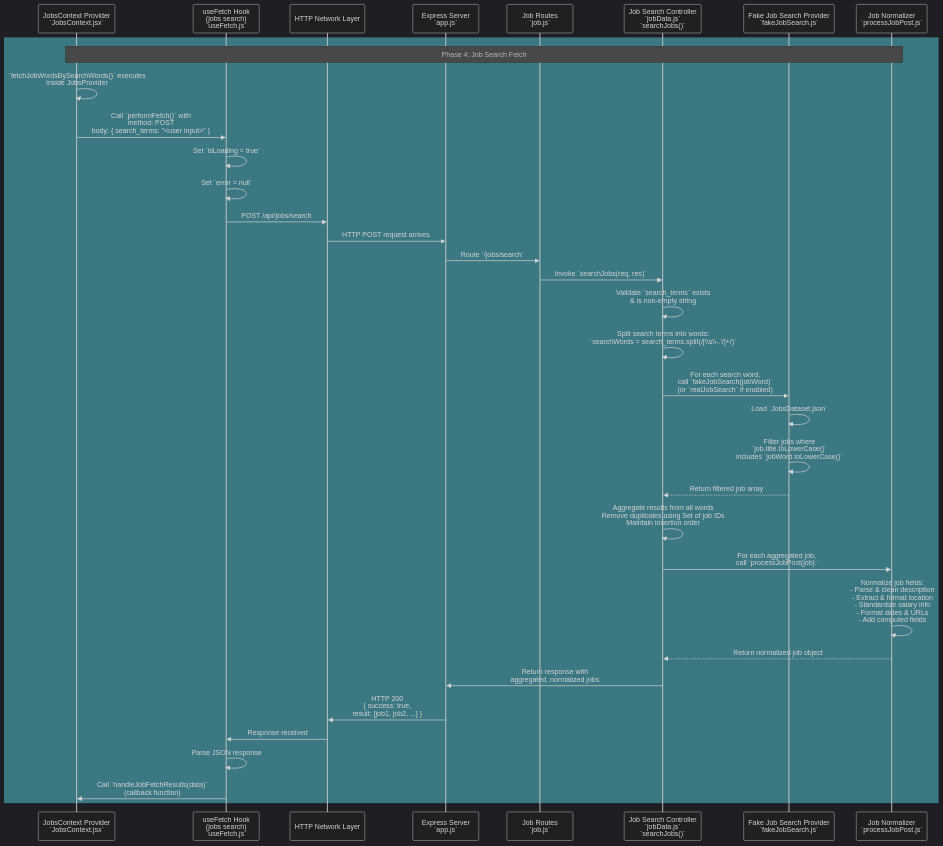
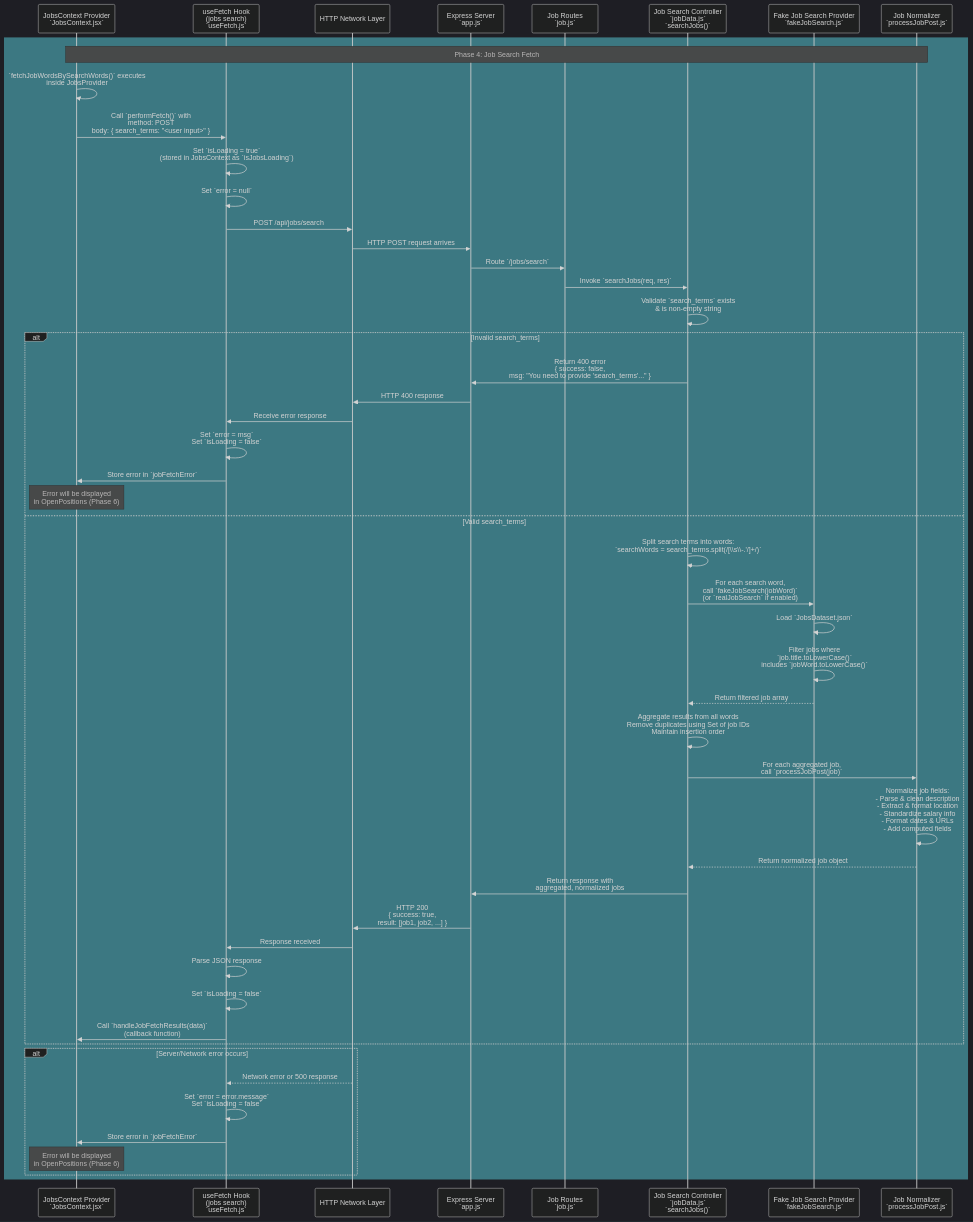
One commit to YahyaAl-Ademi/2025.10.23-JobCompass changed the diagram in documentation/jobFetch/jobFetch-Phase4.md. Above: the diagram before and after it, drawn with Mermaid. The commit also changed 4 other files, not shown here.

Commit message:
Enhance job fetch documentation with detailed sequence diagrams for phases 1 to 6, including input validation, context state updates, travel details fetching, and result display logic.

````diff
--- a/documentation/jobFetch/jobFetch-Phase4.md
+++ b/documentation/jobFetch/jobFetch-Phase4.md
@@ -1,52 +1,70 @@
 ```mermaid
 %%{init: {'theme': 'dark', 'themeVariables': { 'primaryColor':'#1a1a1a', 'primaryBorderColor':'#4a9eff', 'lineColor':'#4a9eff', 'tertiaryColor':'#2a2a2a', 'tertiaryBorderColor':'#4a9eff', 'tertiaryTextColor':'#ffffff'}, 'sequence': {'actorMargin': 50}}}%%
 sequenceDiagram
     participant JobsContext as JobsContext Provider<br/>`JobsContext.jsx`
     participant useFetch_1 as useFetch Hook<br/>(jobs search)<br/>`useFetch.js`
     participant FrontendNetwork as HTTP Network Layer
     participant ExpressApp as Express Server<br/>`app.js`
     participant JobRouter as Job Routes<br/>`job.js`
     participant JobController as Job Search Controller<br/>`jobData.js`<br/>`searchJobs()`
     participant FakeJobSearch as Fake Job Search Provider<br/>`fakeJobSearch.js`
     participant ProcessJobPost as Job Normalizer<br/>`processJobPost.js`
 
     rect rgb(60, 120, 130)
     Note over JobsContext,ProcessJobPost: Phase 4: Job Search Fetch
     JobsContext->>JobsContext: `fetchJobWordsBySearchWords()` executes<br/>inside JobsProvider
     JobsContext->>useFetch_1: Call `performFetch()` with<br/>method: POST<br/>body: { search_terms: "<user input>" }
 
-    useFetch_1->>useFetch_1: Set `isLoading = true`
+    useFetch_1->>useFetch_1: Set `isLoading = true`<br/>(stored in JobsContext as `isJobsLoading`)
     useFetch_1->>useFetch_1: Set `error = null`
     useFetch_1->>FrontendNetwork: POST /api/jobs/search
 
     FrontendNetwork->>ExpressApp: HTTP POST request arrives
     ExpressApp->>JobRouter: Route `/jobs/search`
 
     JobRouter->>JobController: Invoke `searchJobs(req, res)`
 
     JobController->>JobController: Validate `search_terms` exists<br/>& is non-empty string
-    JobController->>JobController: Split search terms into words:<br/>`searchWords = search_terms.split(/[\\s\\-.'/]+/)`
+    
+    alt Invalid search_terms
+        JobController->>ExpressApp: Return 400 error<br/>{ success: false,<br/>  msg: "You need to provide 'search_terms'..." }
+        ExpressApp->>FrontendNetwork: HTTP 400 response
+        FrontendNetwork->>useFetch_1: Receive error response
+        useFetch_1->>useFetch_1: Set `error = msg`<br/>Set `isLoading = false`
+        useFetch_1->>JobsContext: Store error in `jobFetchError`
+        Note over JobsContext: Error will be displayed<br/>in OpenPositions (Phase 6)
+    else Valid search_terms
+        JobController->>JobController: Split search terms into words:<br/>`searchWords = search_terms.split(/[\\s\\-.'/]+/)`
 
-    JobController->>FakeJobSearch: For each search word,<br/>call `fakeJobSearch(jobWord)`<br/>(or `realJobSearch` if enabled)
+        JobController->>FakeJobSearch: For each search word,<br/>call `fakeJobSearch(jobWord)`<br/>(or `realJobSearch` if enabled)
 
-    FakeJobSearch->>FakeJobSearch: Load `JobsDataset.json`
-    FakeJobSearch->>FakeJobSearch: Filter jobs where<br/>`job.title.toLowerCase()`<br/>includes `jobWord.toLowerCase()`
-    FakeJobSearch-->>JobController: Return filtered job array
+        FakeJobSearch->>FakeJobSearch: Load `JobsDataset.json`
+        FakeJobSearch->>FakeJobSearch: Filter jobs where<br/>`job.title.toLowerCase()`<br/>includes `jobWord.toLowerCase()`
+        FakeJobSearch-->>JobController: Return filtered job array
 
-    JobController->>JobController: Aggregate results from all words<br/>Remove duplicates using Set of job IDs<br/>Maintain insertion order
+        JobController->>JobController: Aggregate results from all words<br/>Remove duplicates using Set of job IDs<br/>Maintain insertion order
 
-    JobController->>ProcessJobPost: For each aggregated job,<br/>call `processJobPost(job)`
+        JobController->>ProcessJobPost: For each aggregated job,<br/>call `processJobPost(job)`
 
-    ProcessJobPost->>ProcessJobPost: Normalize job fields:<br/>- Parse & clean description<br/>- Extract & format location<br/>- Standardize salary info<br/>- Format dates & URLs<br/>- Add computed fields
-    ProcessJobPost-->>JobController: Return normalized job object
+        ProcessJobPost->>ProcessJobPost: Normalize job fields:<br/>- Parse & clean description<br/>- Extract & format location<br/>- Standardize salary info<br/>- Format dates & URLs<br/>- Add computed fields
+        ProcessJobPost-->>JobController: Return normalized job object
 
-    JobController->>ExpressApp: Return response with<br/>aggregated, normalized jobs
+        JobController->>ExpressApp: Return response with<br/>aggregated, normalized jobs
 
-    ExpressApp->>FrontendNetwork: HTTP 200<br/>{ success: true,<br/>  result: [job1, job2, ...] }
+        ExpressApp->>FrontendNetwork: HTTP 200<br/>{ success: true,<br/>  result: [job1, job2, ...] }
 
-    FrontendNetwork->>useFetch_1: Response received
-    useFetch_1->>useFetch_1: Parse JSON response
-    useFetch_1->>JobsContext: Call `handleJobFetchResults(data)`<br/>(callback function)
+        FrontendNetwork->>useFetch_1: Response received
+        useFetch_1->>useFetch_1: Parse JSON response
+        useFetch_1->>useFetch_1: Set `isLoading = false`
+        useFetch_1->>JobsContext: Call `handleJobFetchResults(data)`<br/>(callback function)
+    end
+
+    alt Server/Network error occurs
+        FrontendNetwork-->>useFetch_1: Network error or 500 response
+        useFetch_1->>useFetch_1: Set `error = error.message`<br/>Set `isLoading = false`
+        useFetch_1->>JobsContext: Store error in `jobFetchError`
+        Note over JobsContext: Error will be displayed<br/>in OpenPositions (Phase 6)
+    end
 
     end
 ```
````
